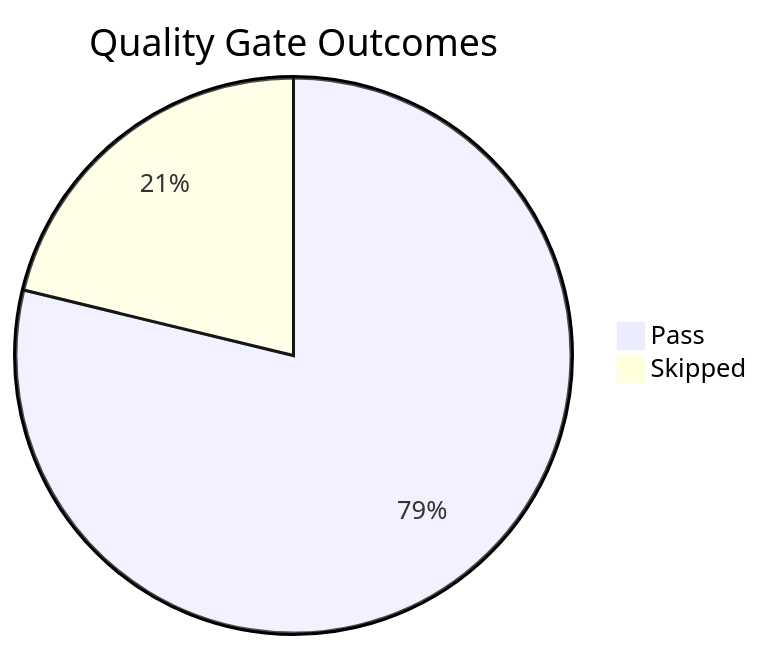
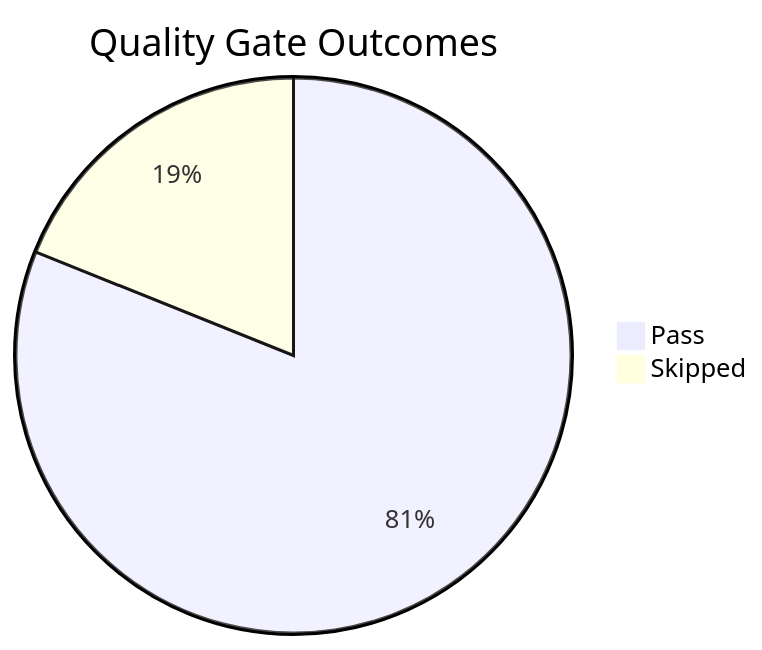
One commit to yeongseon/azure-app-service-practical-guide changed the diagram in docs/meta/golden-status.md. Above: the diagram before and after it, drawn with Mermaid. The commit also changed other lines of this file and 155 other files, not shown here.

````diff
--- a/docs/meta/golden-status.md
+++ b/docs/meta/golden-status.md
@@ -42,5 +42,5 @@
 ```mermaid
 pie title Quality Gate Outcomes
-    "Pass" : 26
+    "Pass" : 30
     "Skipped" : 7
 ```
````
